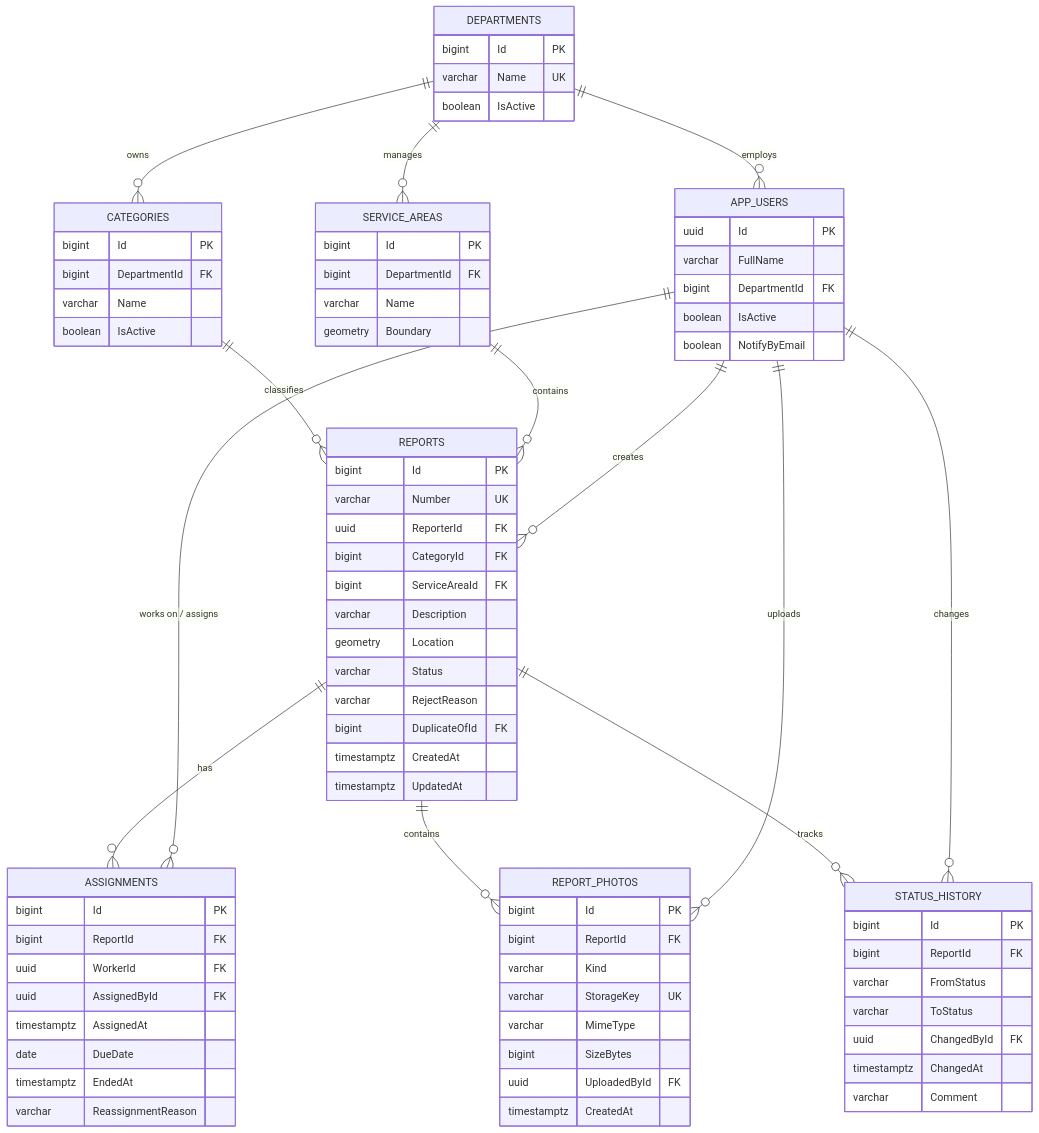
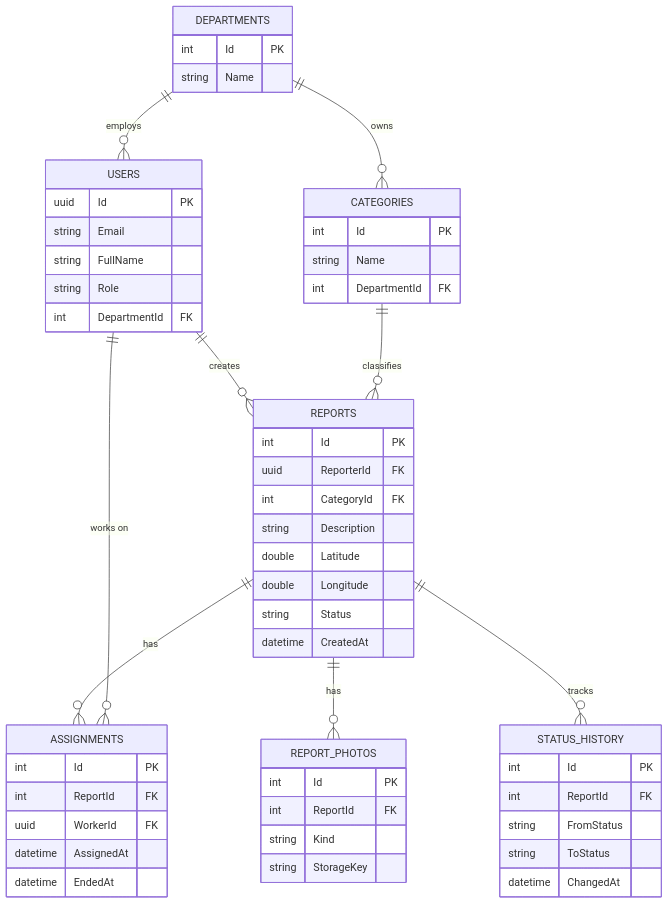
The second of 2 diagrams in ARCHITECTURE.md (gigigiorgadze10/fixit), drawn with Mermaid before and after one commit. The commit also changed other lines of this file and 5 other files, not shown here.

````diff
--- a/ARCHITECTURE.md
+++ b/ARCHITECTURE.md
@@ -240,83 +58,58 @@
 ```mermaid
 erDiagram
-    DEPARTMENTS ||--o{ APP_USERS : employs
+    USERS ||--o{ REPORTS : creates
+    CATEGORIES ||--o{ REPORTS : classifies
     DEPARTMENTS ||--o{ CATEGORIES : owns
-    DEPARTMENTS ||--o{ SERVICE_AREAS : manages
-    CATEGORIES ||--o{ REPORTS : classifies
-    SERVICE_AREAS ||--o{ REPORTS : contains
-    APP_USERS ||--o{ REPORTS : creates
+    DEPARTMENTS ||--o{ USERS : employs
     REPORTS ||--o{ ASSIGNMENTS : has
-    APP_USERS ||--o{ ASSIGNMENTS : "works on / assigns"
-    REPORTS ||--o{ REPORT_PHOTOS : contains
-    APP_USERS ||--o{ REPORT_PHOTOS : uploads
+    USERS ||--o{ ASSIGNMENTS : "works on"
+    REPORTS ||--o{ REPORT_PHOTOS : has
     REPORTS ||--o{ STATUS_HISTORY : tracks
-    APP_USERS ||--o{ STATUS_HISTORY : changes
 
+    USERS {
+        uuid Id PK
+        string Email
+        string FullName
+        string Role
+        int DepartmentId FK
+    }
     DEPARTMENTS {
-        bigint Id PK
-        varchar Name UK
-        boolean IsActive
-    }
-    APP_USERS {
-        uuid Id PK
-        varchar FullName
-        bigint DepartmentId FK
-        boolean IsActive
-        boolean NotifyByEmail
+        int Id PK
+        string Name
     }
     CATEGORIES {
-        bigint Id PK
-        bigint DepartmentId FK
-        varchar Name
-        boolean IsActive
-    }
-    SERVICE_AREAS {
-        bigint Id PK
-        bigint DepartmentId FK
-        varchar Name
-        geometry Boundary
+        int Id PK
+        string Name
+        int DepartmentId FK
     }
     REPORTS {
-        bigint Id PK
-        varchar Number UK
+        int Id PK
         uuid ReporterId FK
-        bigint CategoryId FK
-        bigint ServiceAreaId FK
-        varchar Description
-        geometry Location
-        varchar Status
-        varchar RejectReason
-        bigint DuplicateOfId FK
-        timestamptz CreatedAt
-        timestamptz UpdatedAt
+        int CategoryId FK
+        string Description
+        double Latitude
+        double Longitude
+        string Status
+        datetime CreatedAt
     }
     ASSIGNMENTS {
-        bigint Id PK
-        bigint ReportId FK
+        int Id PK
+        int ReportId FK
         uuid WorkerId FK
-        uuid AssignedById FK
-        timestamptz AssignedAt
-        date DueDate
-        timestamptz EndedAt
-        varchar ReassignmentReason
+        datetime AssignedAt
+        datetime EndedAt
     }
     REPORT_PHOTOS {
-        bigint Id PK
-        bigint ReportId FK
-        varchar Kind
-        varchar StorageKey UK
-        varchar MimeType
-        bigint SizeBytes
-        uuid UploadedById FK
-        timestamptz CreatedAt
+        int Id PK
+        int ReportId FK
+        string Kind
+        string StorageKey
     }
     STATUS_HISTORY {
-        bigint Id PK
-        bigint ReportId FK
-        varchar FromStatus
-        varchar ToStatus
-        uuid ChangedById FK
-        timestamptz ChangedAt
-        varchar Comment
+        int Id PK
+        int ReportId FK
+        string FromStatus
+        string ToStatus
+        datetime ChangedAt
     }
 ```
````
